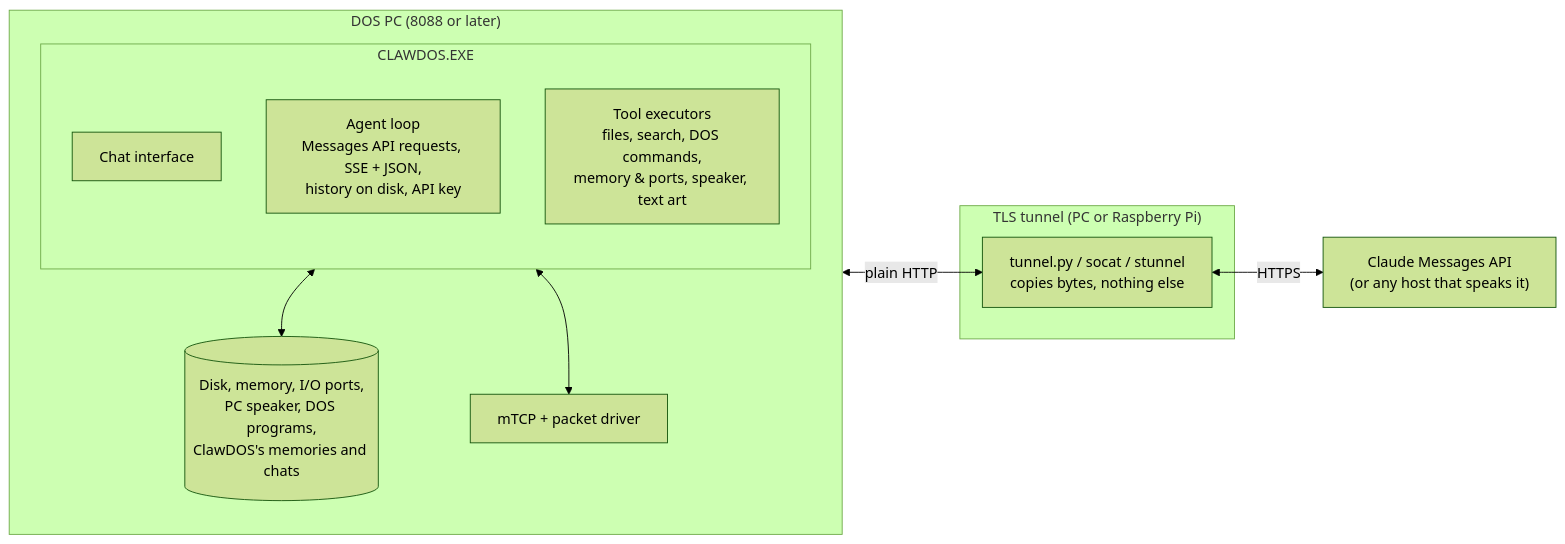
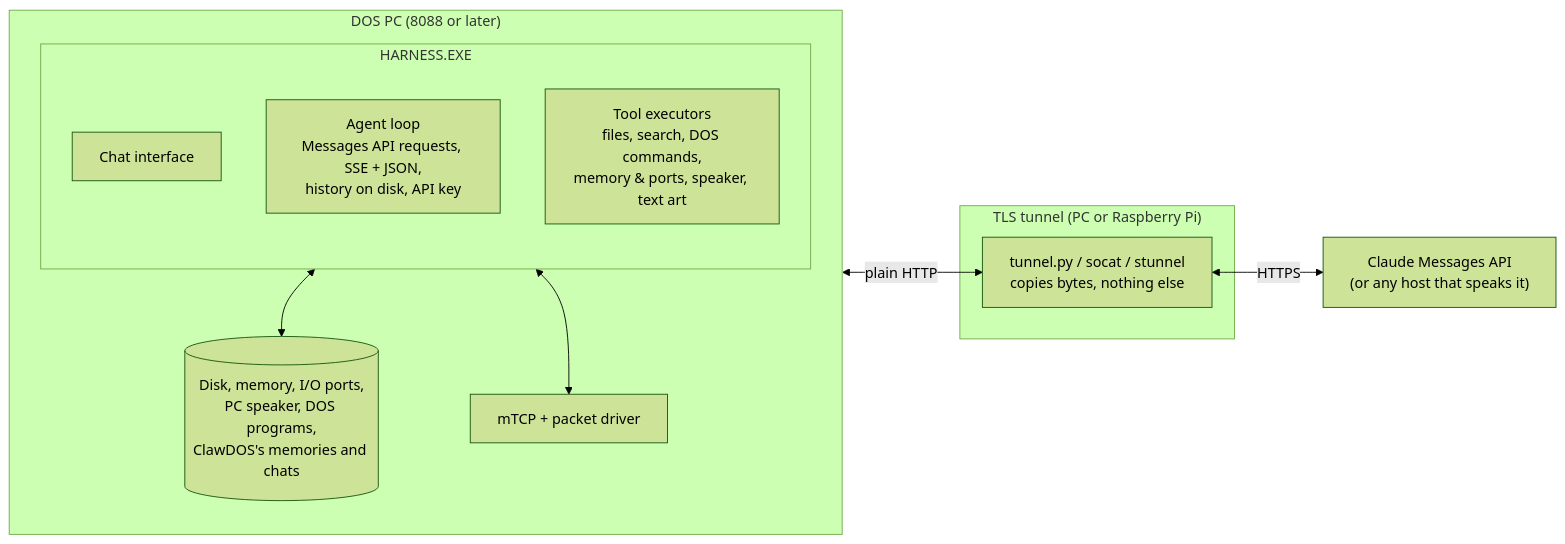
One commit to Ricapar/ClawDOS changed the diagram in README.md. Above: the diagram before and after it, drawn with Mermaid (forest theme). The commit also changed other lines of this file and 29 other files, not shown here.

First line of the commit message:
CLAWDOS is the launcher you type; the chat client it runs is HARNESS.EXE

````diff
--- a/README.md
+++ b/README.md
@@ -49,25 +49,25 @@
 ```mermaid
 flowchart LR
     subgraph DOS["DOS PC (8088 or later)"]
         direction TB
-        subgraph APP["CLAWDOS.EXE"]
+        subgraph APP["HARNESS.EXE"]
             direction TB
             UI["Chat interface"]
             LOOP["Agent loop<br/>Messages API requests, SSE + JSON,<br/>history on disk, API key"]
             TOOLS["Tool executors<br/>files, search, DOS commands,<br/>memory &amp; ports, speaker, text art"]
         end
         SYS[("Disk, memory, I/O ports,<br/>PC speaker, DOS programs,<br/>ClawDOS's memories and chats")]
         NET["mTCP + packet driver"]
         TOOLS <--> SYS
         APP <--> NET
     end
 
     subgraph SHIM["TLS tunnel (PC or Raspberry Pi)"]
         TUNNEL["tunnel.py / socat / stunnel<br/>copies bytes, nothing else"]
     end
 
     API["Claude Messages API<br/>(or any host that speaks it)"]
 
     NET <-->|"plain HTTP"| TUNNEL
     TUNNEL <-->|"HTTPS"| API
 ```
````
